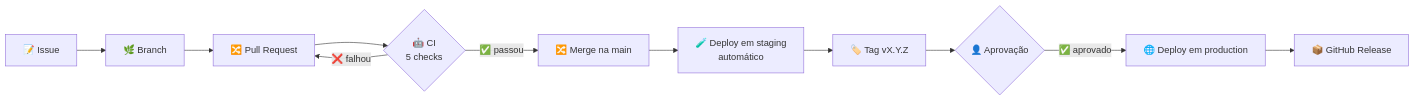
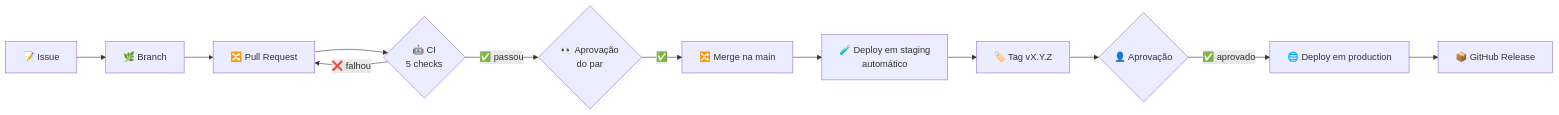
The third of 3 diagrams in README.md (GChandrone/pdc-plataforma-dados-comercial), drawn with Mermaid before and after one commit. The commit also changed other lines of this file and 12 other files, not shown here.

````diff
--- a/README.md
+++ b/README.md
@@ -166,8 +166,8 @@
 ```mermaid
 flowchart LR
     A["📝 Issue"] --> B["🌿 Branch"] --> C["🔀 Pull Request"] --> D{"🤖 CI<br/>5 checks"}
     D -- "❌ falhou" --> C
-    D -- "✅ passou" --> E["🔀 Merge na main"] --> F["🧪 Deploy em staging<br/>automático"]
+    D -- "✅ passou" --> RV{"👀 Aprovação<br/>do par"} -- "✅" --> E["🔀 Merge na main"] --> F["🧪 Deploy em staging<br/>automático"]
     F --> G["🏷️ Tag vX.Y.Z"] --> H{"👤 Aprovação"}
     H -- "✅ aprovado" --> I["🌐 Deploy em production"] --> J["📦 GitHub Release"]
 ```
````
